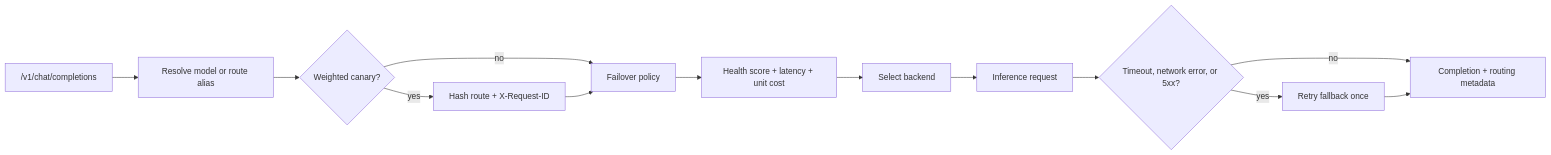
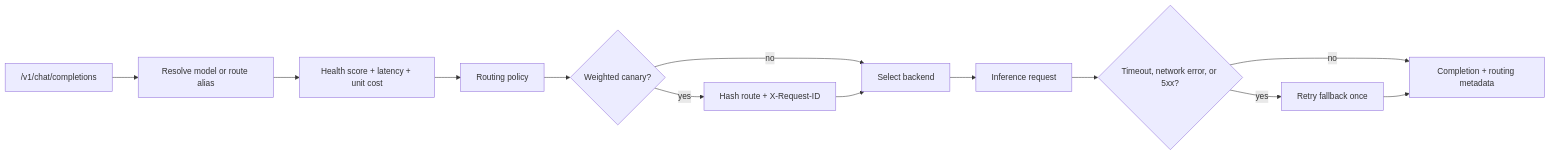
One commit to justrunme/ai-runtime-platform changed the second of 4 diagrams in docs/architecture.md. Above: the diagram before and after it, drawn with Mermaid. The commit also changed other lines of this file and 3 other files, not shown here.

````diff
--- a/docs/architecture.md
+++ b/docs/architecture.md
@@ -35,15 +35,15 @@
 ```mermaid
 flowchart LR
   Request["/v1/chat/completions"] --> Alias["Resolve model or route alias"]
-  Alias --> Canary{"Weighted canary?"}
+  Alias --> Signals["Health score + latency + unit cost"]
+  Signals --> Policy["Routing policy"]
+  Policy --> Canary{"Weighted canary?"}
   Canary -->|yes| Affinity["Hash route + X-Request-ID"]
-  Canary -->|no| Policy["Failover policy"]
-  Affinity --> Policy
-  Policy --> Signals["Health score + latency + unit cost"]
-  Signals --> Select["Select backend"]
+  Canary -->|no| Select["Select backend"]
+  Affinity --> Select
   Select --> Infer["Inference request"]
   Infer --> Retry{"Timeout, network error, or 5xx?"}
   Retry -->|yes| Fallback["Retry fallback once"]
   Retry -->|no| Response["Completion + routing metadata"]
   Fallback --> Response
 ```
````
